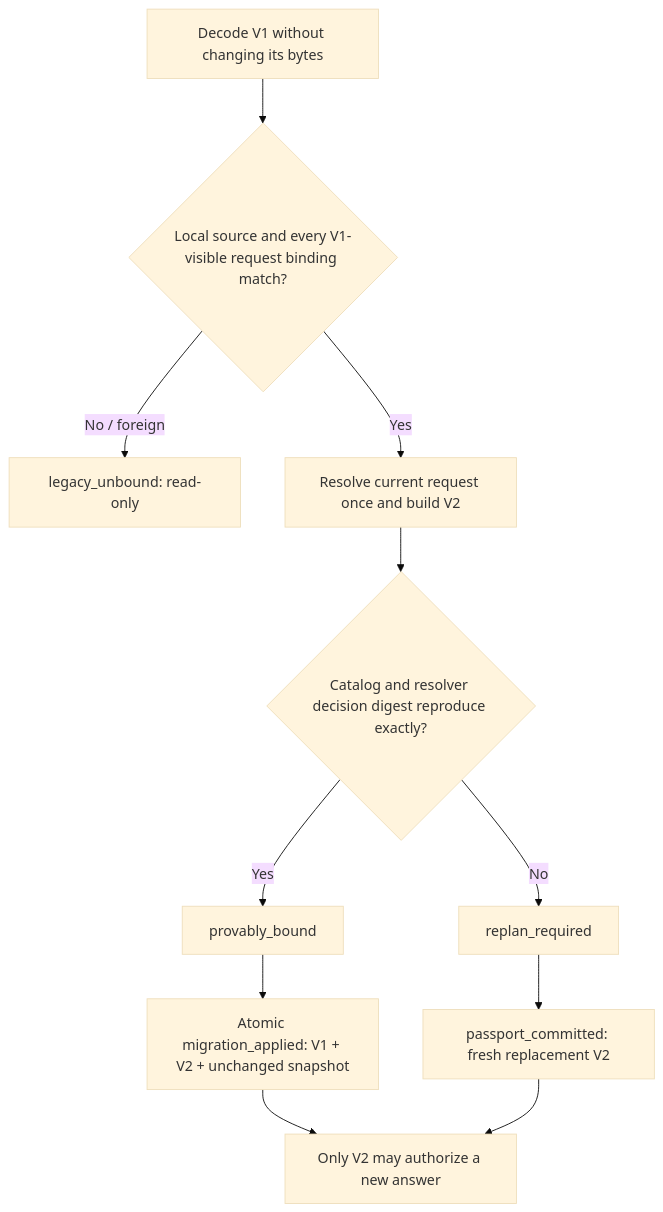
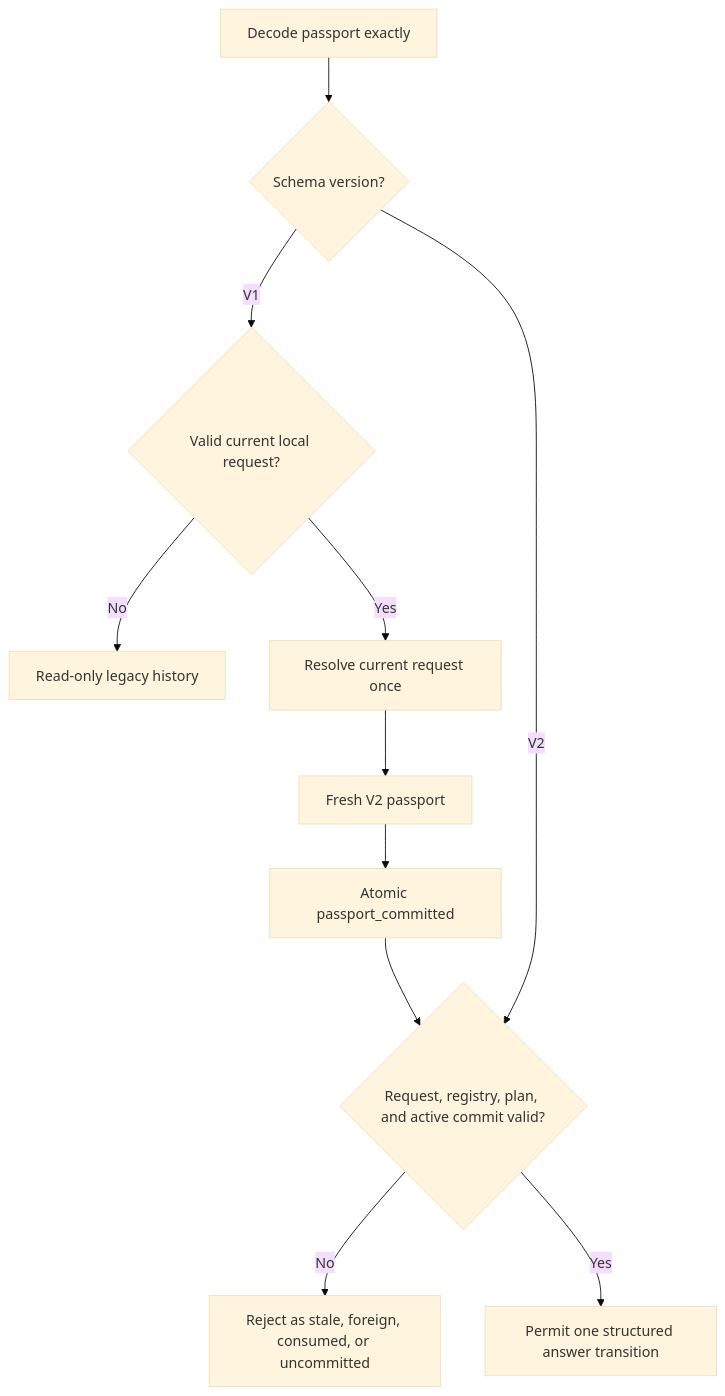
One commit to anomalia0287-ai/modori changed the diagram in docs/superpowers/specs/2026-07-15-analysis-passport-v2-explicit-migration-design.md. Above: the diagram before and after it, drawn with Mermaid (base theme). The commit also changed other lines of this file, not shown here.

Commit message:
docs: simplify AnalysisPassport v2 rollout

````diff
--- a/docs/superpowers/specs/2026-07-15-analysis-passport-v2-explicit-migration-design.md
+++ b/docs/superpowers/specs/2026-07-15-analysis-passport-v2-explicit-migration-design.md
@@ -343,13 +413,13 @@
 ```mermaid
 flowchart TD
-    A["Decode V1 without changing its bytes"] --> B{"Local source and every V1-visible request binding match?"}
-    B -- "No / foreign" --> L["legacy_unbound: read-only"]
-    B -- "Yes" --> R["Resolve current request once and build V2"]
-    R --> D{"Catalog and resolver decision digest reproduce exactly?"}
-    D -- "Yes" --> P["provably_bound"]
-    P --> M["Atomic migration_applied: V1 + V2 + unchanged snapshot"]
-    D -- "No" --> N["replan_required"]
-    N --> C["passport_committed: fresh replacement V2"]
-    M --> T["Only V2 may authorize a new answer"]
-    C --> T
+    A["Decode passport exactly"] --> V{"Schema version?"}
+    V -- "V1" --> H{"Valid current local request?"}
+    H -- "No" --> L["Read-only legacy history"]
+    H -- "Yes" --> R["Resolve current request once"]
+    R --> P["Fresh V2 passport"]
+    V -- "V2" --> B{"Request, registry, plan, and active commit valid?"}
+    B -- "No" --> S["Reject as stale, foreign, consumed, or uncommitted"]
+    P --> C["Atomic passport_committed"]
+    C --> B
+    B -- "Yes" --> Q["Permit one structured answer transition"]
 ```
````
